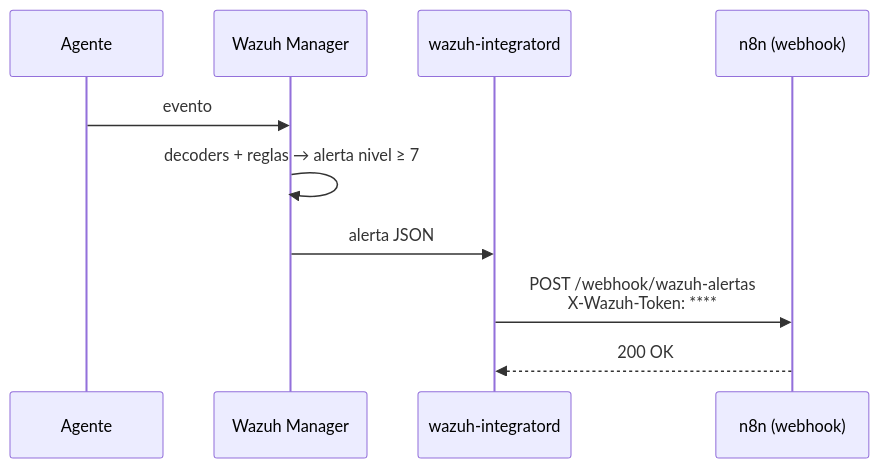
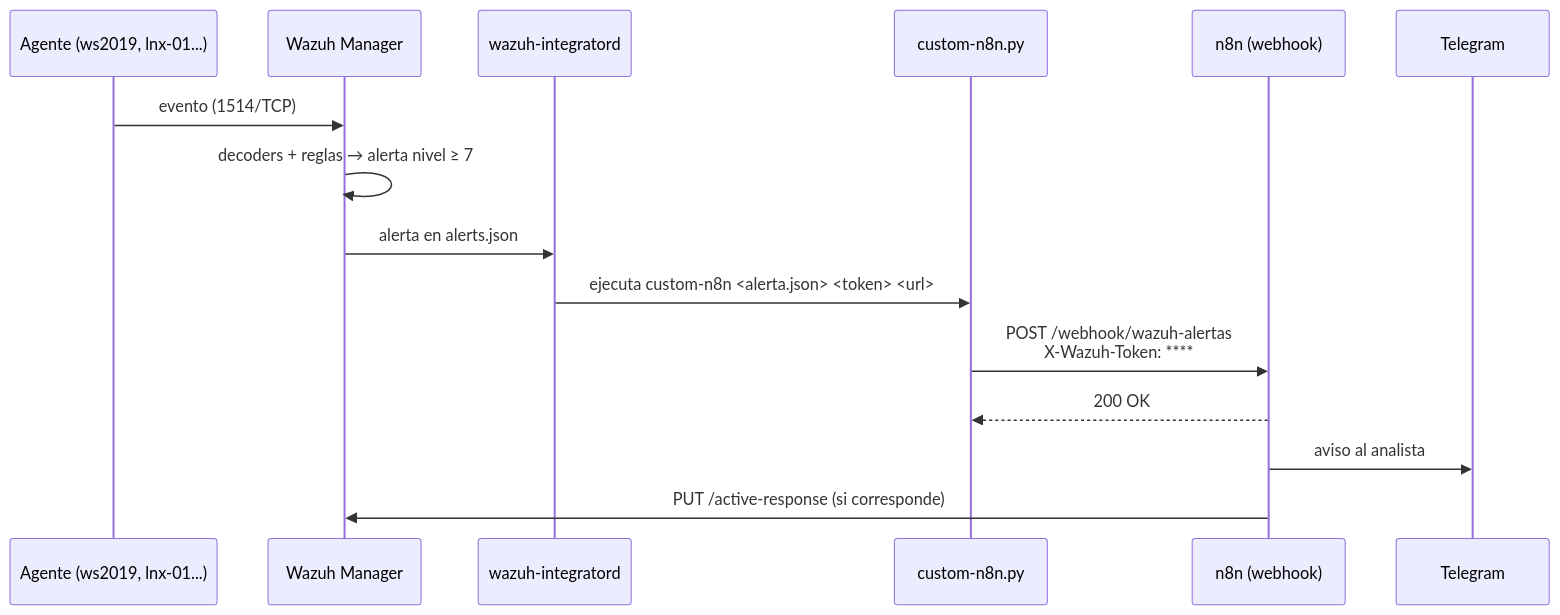
Before and after one commit to ismaDf/wazuh-soc-n8n: the diagram in docs/04-integracion-wazuh-n8n.md, drawn with Mermaid. The commit also changed other lines of this file and 5 other files, not shown here.

````diff
--- a/docs/04-integracion-wazuh-n8n.md
+++ b/docs/04-integracion-wazuh-n8n.md
@@ -5,12 +5,17 @@
 ```mermaid
 sequenceDiagram
-    participant A as Agente
+    participant A as Agente (ws2019, lnx-01...)
     participant M as Wazuh Manager
     participant I as wazuh-integratord
+    participant S as custom-n8n.py
     participant N as n8n (webhook)
-    A->>M: evento
+    participant T as Telegram
+    A->>M: evento (1514/TCP)
     M->>M: decoders + reglas → alerta nivel ≥ 7
-    M->>I: alerta JSON
-    I->>N: POST /webhook/wazuh-alertas<br/>X-Wazuh-Token: ****
-    N-->>I: 200 OK
+    M->>I: alerta en alerts.json
+    I->>S: ejecuta custom-n8n <alerta.json> <token> <url>
+    S->>N: POST /webhook/wazuh-alertas<br/>X-Wazuh-Token: ****
+    N-->>S: 200 OK
+    N->>T: aviso al analista
+    N->>M: PUT /active-response (si corresponde)
 ```
````
